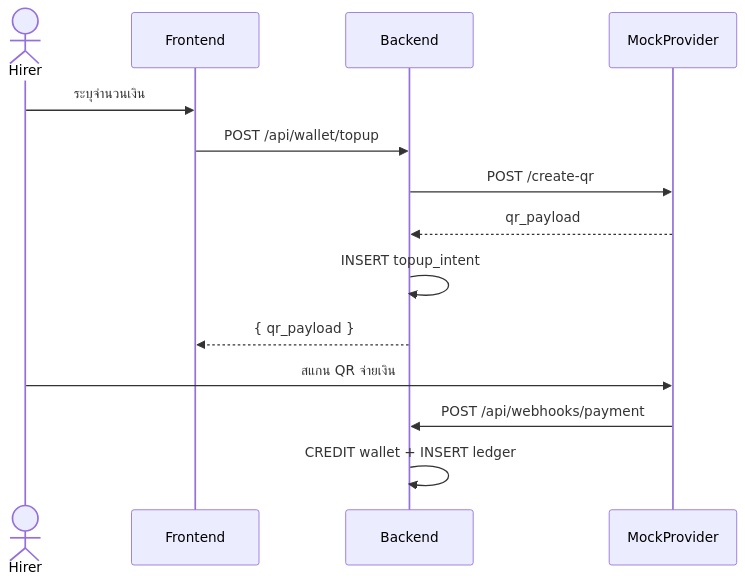
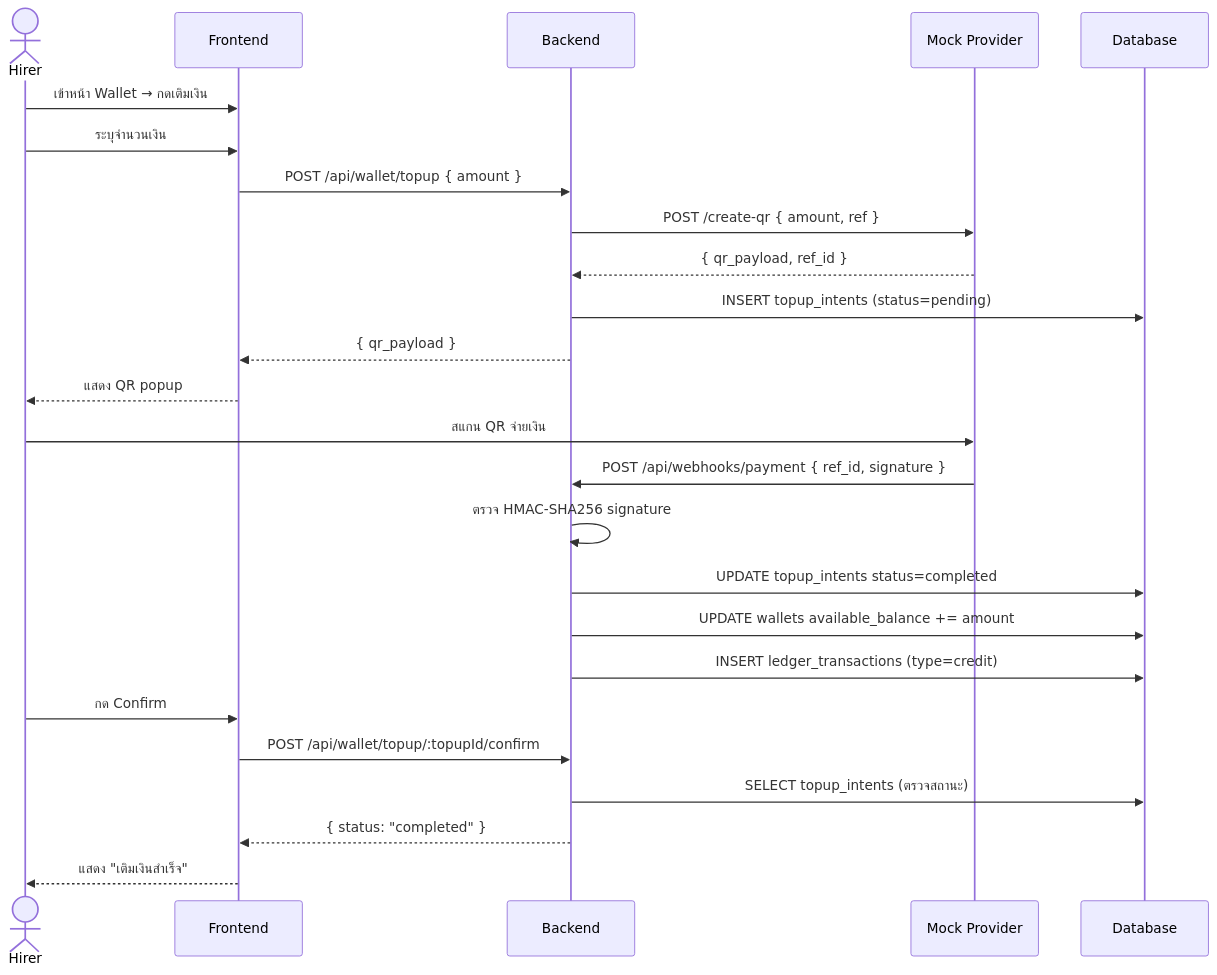
One commit to SakdaRt/Careconnect changed diagram 11 of 16 in THESIS_CONTENT_CH3_PART3.md. Above: the diagram before and after it, drawn with Mermaid. The commit also changed other lines of this file, not shown here.

Commit message:
docs(thesis): ปรับ Sequence Diagram ครบ 15 diagrams — หัวข้อภาษาไทย + เพิ่ม Login, OAuth, OTP, Direct Assign, Early Checkout, Cancel, Dispute, Withdrawal, Notification

````diff
--- a/THESIS_CONTENT_CH3_PART3.md
+++ b/THESIS_CONTENT_CH3_PART3.md
@@ -728,16 +942,27 @@
 ```mermaid
 sequenceDiagram
     actor Hirer
     participant FE as Frontend
     participant BE as Backend
-    participant MP as MockProvider
+    participant MP as Mock Provider
+    participant DB as Database
+    Hirer->>FE: เข้าหน้า Wallet → กดเติมเงิน
     Hirer->>FE: ระบุจำนวนเงิน
-    FE->>BE: POST /api/wallet/topup
-    BE->>MP: POST /create-qr
-    MP-->>BE: qr_payload
-    BE->>BE: INSERT topup_intent
+    FE->>BE: POST /api/wallet/topup { amount }
+    BE->>MP: POST /create-qr { amount, ref }
+    MP-->>BE: { qr_payload, ref_id }
+    BE->>DB: INSERT topup_intents (status=pending)
     BE-->>FE: { qr_payload }
+    FE-->>Hirer: แสดง QR popup
     Hirer->>MP: สแกน QR จ่ายเงิน
-    MP->>BE: POST /api/webhooks/payment
-    BE->>BE: CREDIT wallet + INSERT ledger
+    MP->>BE: POST /api/webhooks/payment { ref_id, signature }
+    BE->>BE: ตรวจ HMAC-SHA256 signature
+    BE->>DB: UPDATE topup_intents status=completed
+    BE->>DB: UPDATE wallets available_balance += amount
+    BE->>DB: INSERT ledger_transactions (type=credit)
+    Hirer->>FE: กด Confirm
+    FE->>BE: POST /api/wallet/topup/:topupId/confirm
+    BE->>DB: SELECT topup_intents (ตรวจสถานะ)
+    BE-->>FE: { status: "completed" }
+    FE-->>Hirer: แสดง "เติมเงินสำเร็จ"
 ```
````
